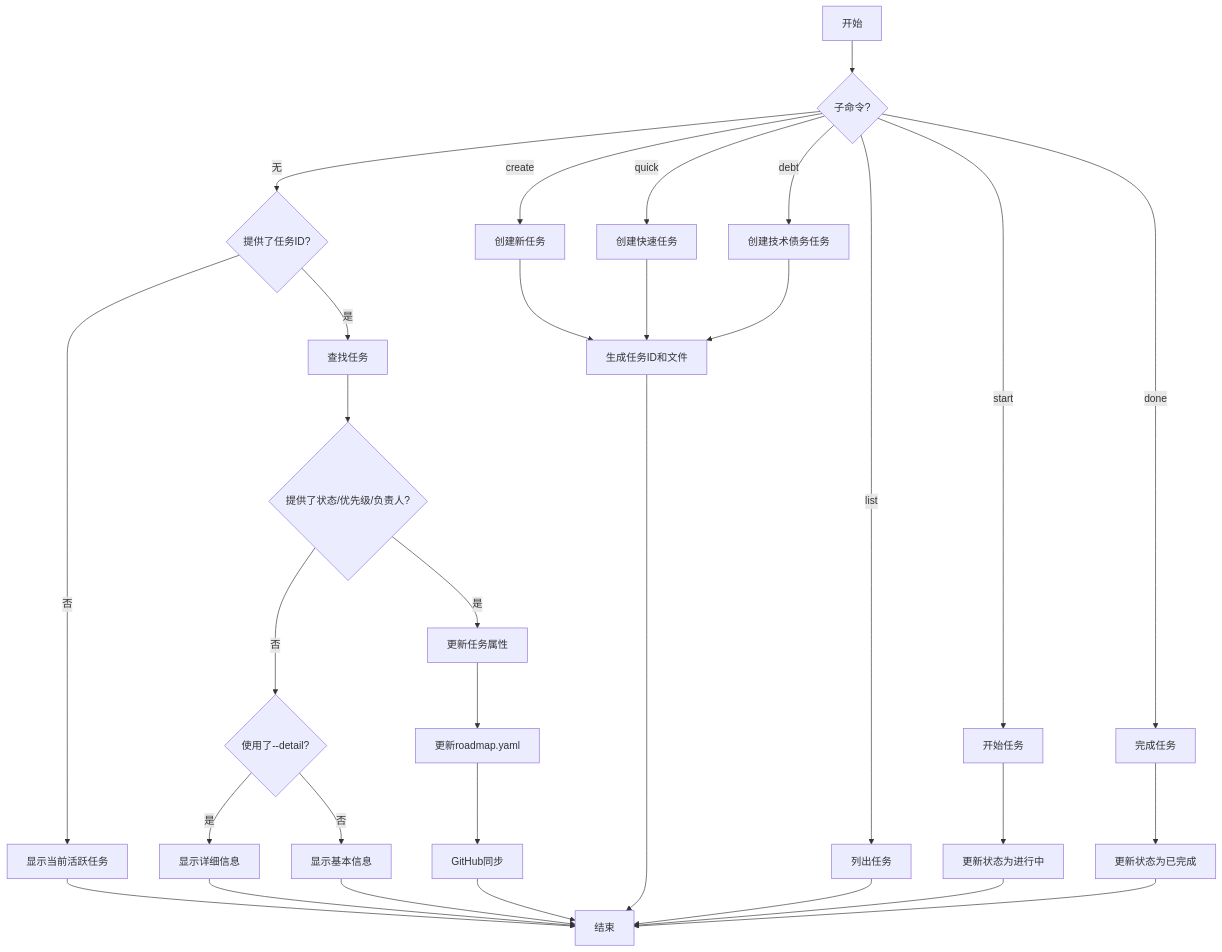
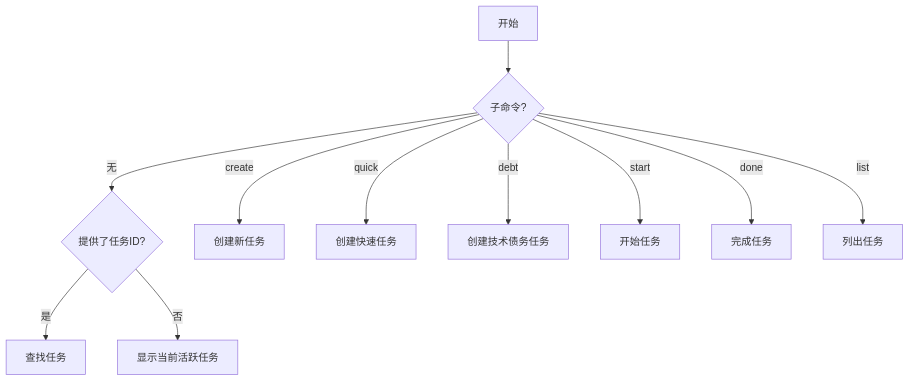
The diagram in .cursor/rules/command-rules/task-command.mdc (jacobcy/VibeCopilot), drawn with Mermaid before and after one commit. The commit also changed other lines of this file and 17 other files, not shown here.

````diff
--- a/.cursor/rules/command-rules/task-command.mdc
+++ b/.cursor/rules/command-rules/task-command.mdc
@@ -51,39 +40,13 @@
 ```mermaid
 flowchart TD
     A[开始] --> B{子命令?}
     B -->|无| C{提供了任务ID?}
     B -->|create| N[创建新任务]
     B -->|quick| O[创建快速任务]
     B -->|debt| P[创建技术债务任务]
     B -->|start| Q[开始任务]
     B -->|done| R[完成任务]
     B -->|list| S[列出任务]
-
     C -->|是| D[查找任务]
     C -->|否| E[显示当前活跃任务]
-
-    D --> F{提供了状态/优先级/负责人?}
-    F -->|是| G[更新任务属性]
-    F -->|否| H{使用了--detail?}
-    H -->|是| I[显示详细信息]
-    H -->|否| J[显示基本信息]
-
-    G --> K[更新roadmap.yaml]
-    K --> L[GitHub同步]
-
-    N --> M[生成任务ID和文件]
-    O --> M
-    P --> M
-
-    Q --> T[更新状态为进行中]
-    R --> U[更新状态为已完成]
-
-    E --> V[结束]
-    I --> V
-    J --> V
-    L --> V
-    M --> V
-    S --> V
-    T --> V
-    U --> V
 ```
````
